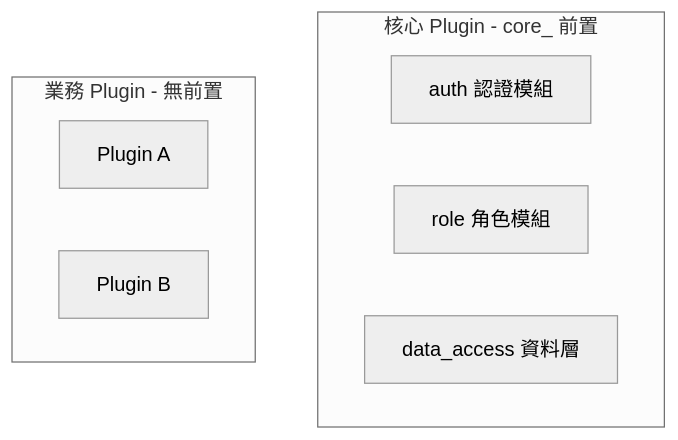
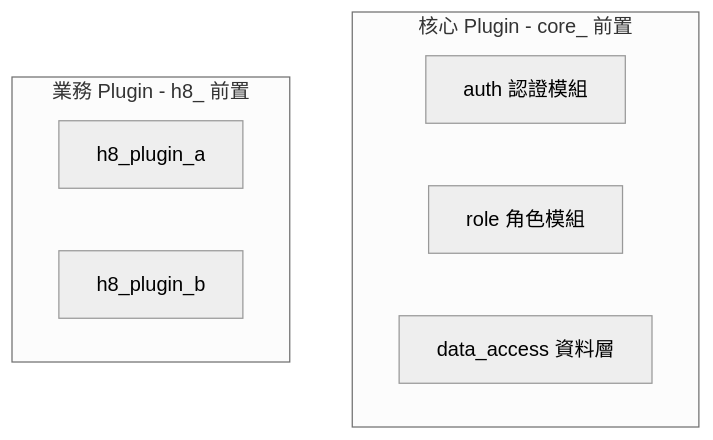
Before and after one commit to lmanliang/h8: the diagram in docs/naming-conventions.md, drawn with Mermaid (neutral theme). The commit also changed other lines of this file and 2 other files, not shown here.

````diff
--- a/docs/naming-conventions.md
+++ b/docs/naming-conventions.md
@@ -33,13 +33,13 @@
 ```mermaid
 flowchart TB
     subgraph Core[核心 Plugin - core_ 前置]
         Auth[auth 認證模組]
         Role[role 角色模組]
         DAL[data_access 資料層]
     end
     
-    subgraph Biz[業務 Plugin - 無前置]
-        P1[Plugin A]
-        P2[Plugin B]
+    subgraph Biz[業務 Plugin - h8_ 前置]
+        P1[h8_plugin_a]
+        P2[h8_plugin_b]
     end
 ```
````
